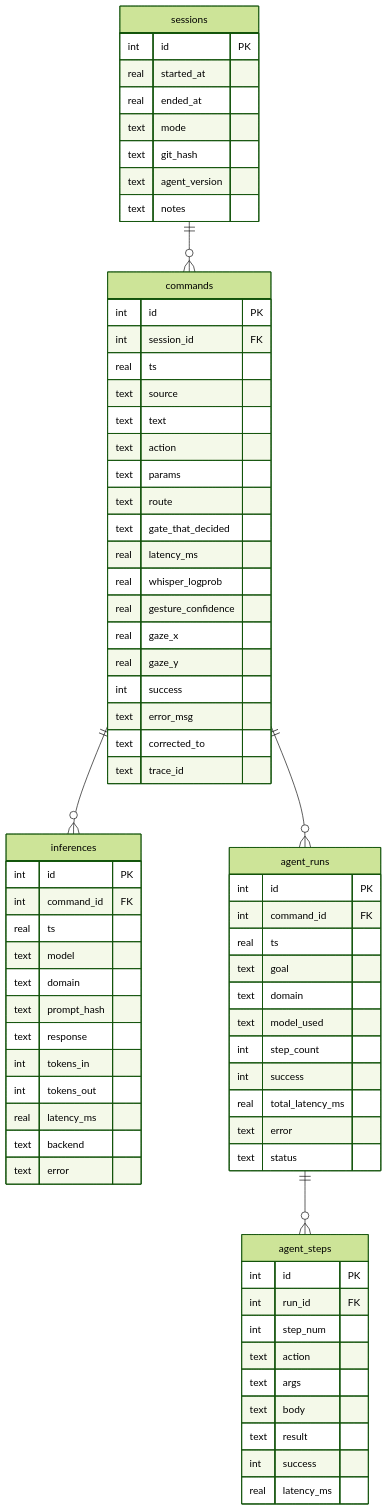
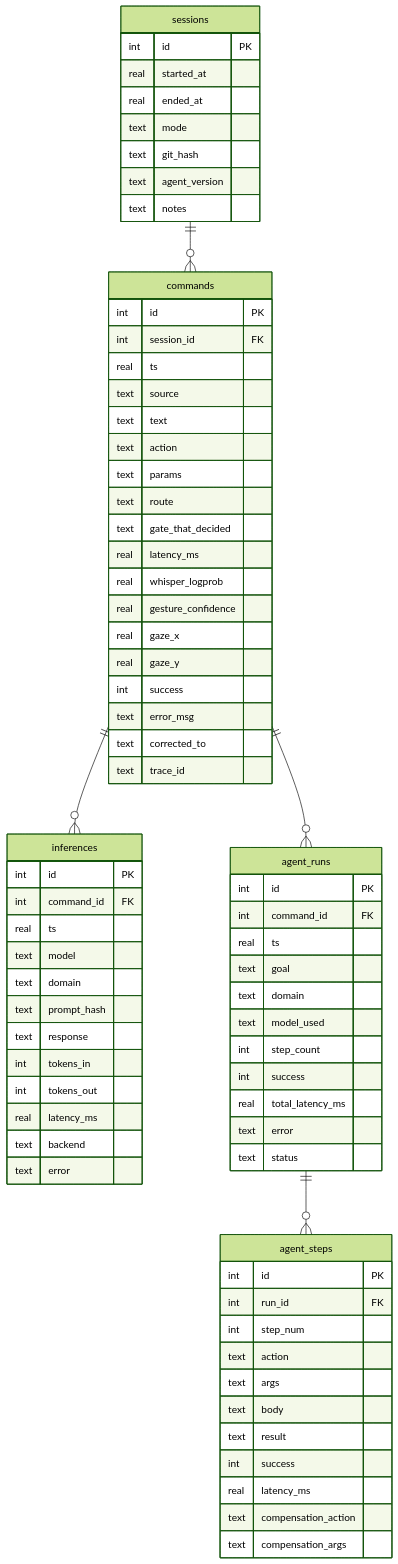
Before and after one commit to Bradly187/Personal-Desktop-Agent: the second of 14 diagrams in docs/architecture/database-design.md, drawn with Mermaid (forest theme). The commit also changed other lines of this file, not shown here.

First line of the commit message:
docs(db): refresh ER diagrams to 38 tables — goal_queue + 8 v3 orchestration tables

````diff
--- a/docs/architecture/database-design.md
+++ b/docs/architecture/database-design.md
@@ -229,74 +241,76 @@
 ```mermaid
 erDiagram
     sessions ||--o{ commands : ""
     commands ||--o{ inferences : ""
     commands ||--o{ agent_runs : ""
     agent_runs ||--o{ agent_steps : ""
     sessions {
         int id PK
         real started_at
         real ended_at
         text mode
         text git_hash
         text agent_version
         text notes
     }
     commands {
         int id PK
         int session_id FK
         real ts
         text source
         text text
         text action
         text params
         text route
         text gate_that_decided
         real latency_ms
         real whisper_logprob
         real gesture_confidence
         real gaze_x
         real gaze_y
         int success
         text error_msg
         text corrected_to
         text trace_id
     }
     inferences {
         int id PK
         int command_id FK
         real ts
         text model
         text domain
         text prompt_hash
         text response
         int tokens_in
         int tokens_out
         real latency_ms
         text backend
         text error
     }
     agent_runs {
         int id PK
         int command_id FK
         real ts
         text goal
         text domain
         text model_used
         int step_count
         int success
         real total_latency_ms
         text error
         text status
     }
     agent_steps {
         int id PK
         int run_id FK
         int step_num
         text action
         text args
         text body
         text result
         int success
         real latency_ms
+        text compensation_action
+        text compensation_args
     }
 ```
````
